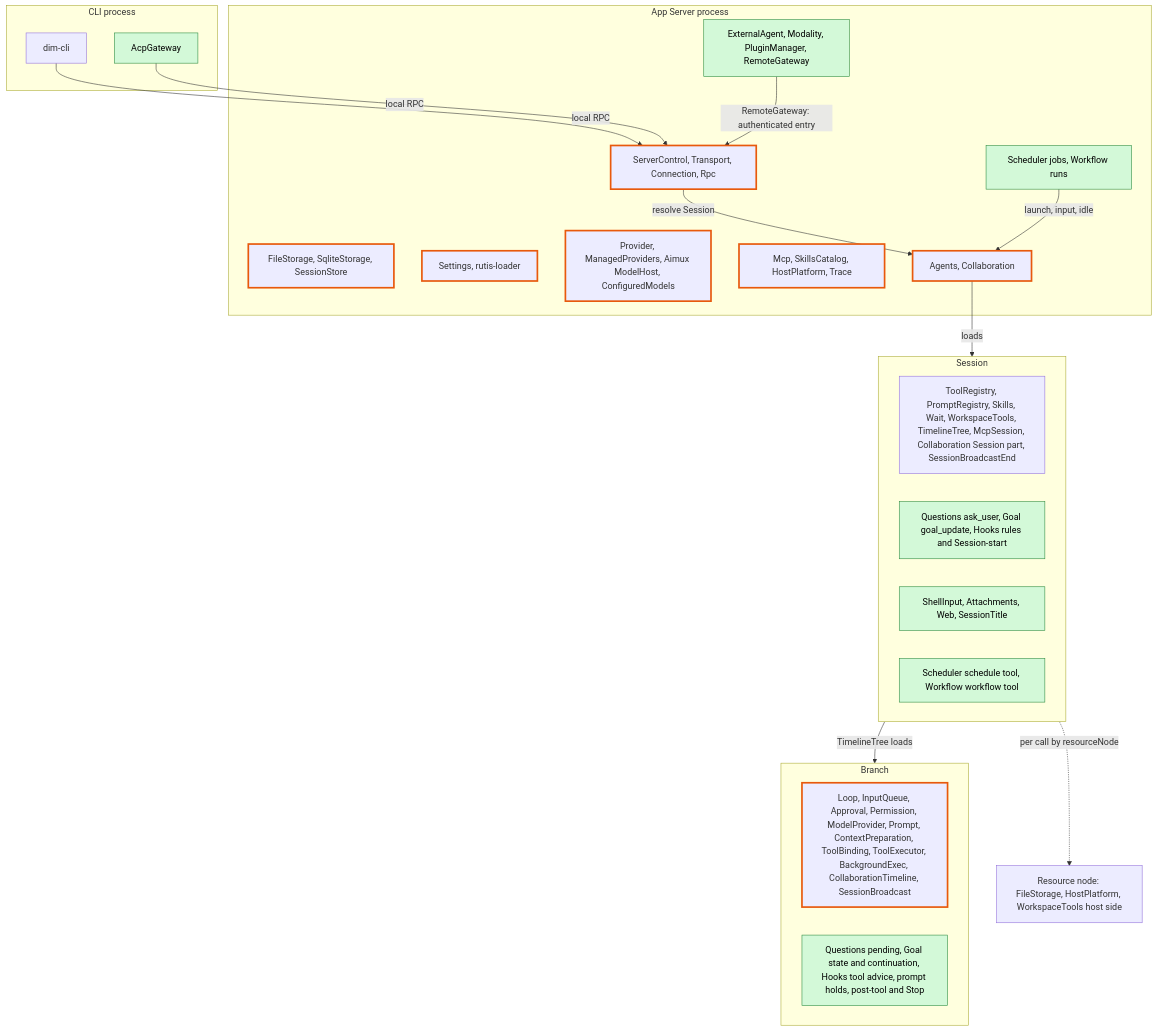
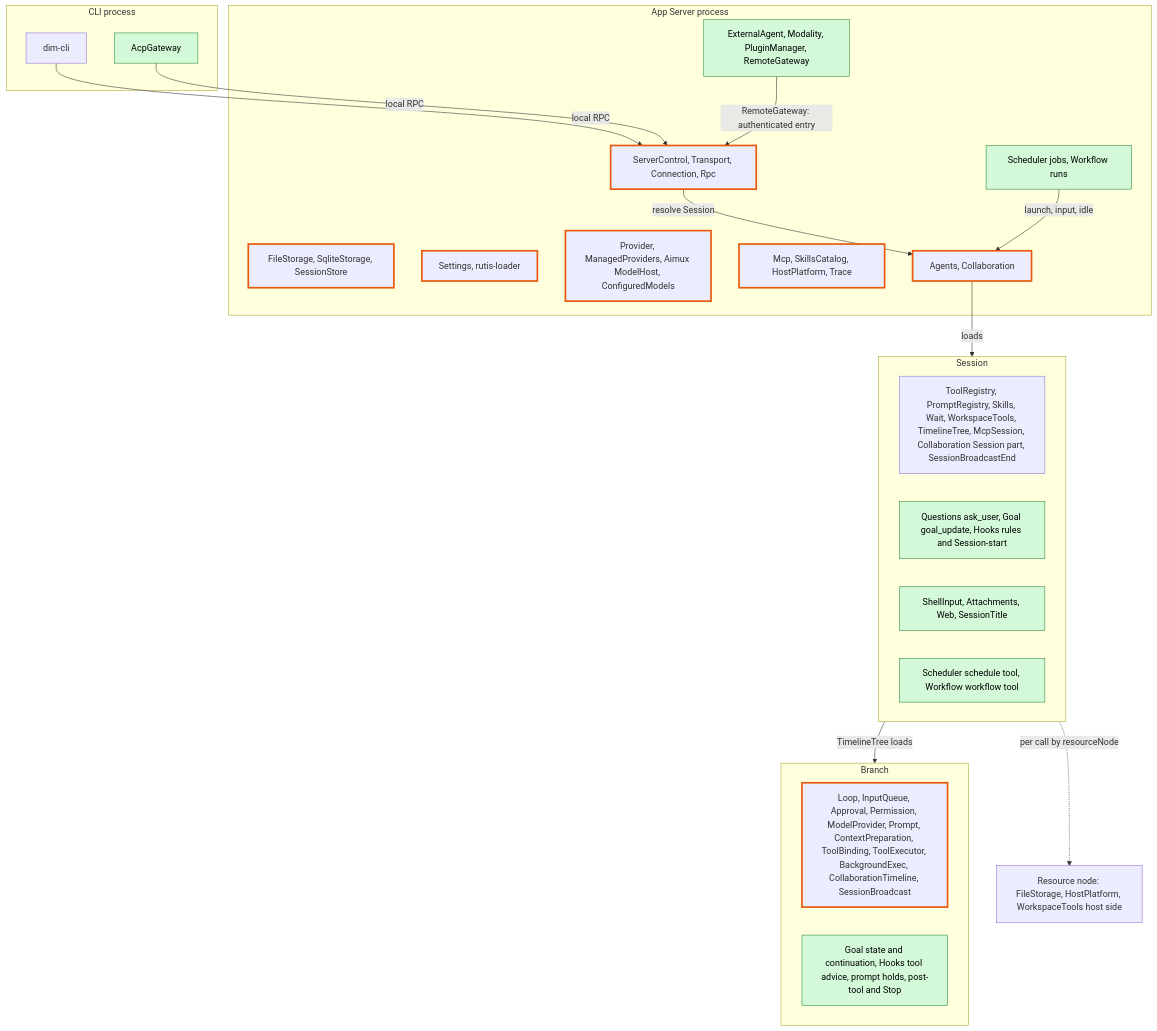
One commit to CoutinhoTTS/dim-agent changed the first of 8 diagrams in docs/design/overview.md. Above: the diagram before and after it, drawn with Mermaid. The commit also changed other lines of this file and 11 other files, not shown here.

````diff
--- a/docs/design/overview.md
+++ b/docs/design/overview.md
@@ -25,40 +25,40 @@
 ```mermaid
 flowchart TB
   classDef new fill:#d3f9d8,stroke:#2b8a3e,color:#000
   classDef changed stroke:#e8590c,stroke-width:3px
 
   subgraph CLIP["CLI process"]
     cli["dim-cli"]
     acp["AcpGateway"]:::new
   end
   subgraph PROC["App Server process"]
     entry["ServerControl, Transport, Connection, Rpc"]:::changed
     store["FileStorage, SqliteStorage, SessionStore"]:::changed
     cfg["Settings, rutis-loader"]:::changed
     models["Provider, ManagedProviders, Aimux ModelHost, ConfiguredModels"]:::changed
     cat["Mcp, SkillsCatalog, HostPlatform, Trace"]:::changed
     agents["Agents, Collaboration"]:::changed
     pnew["Scheduler jobs, Workflow runs"]:::new
     pext["ExternalAgent, Modality, PluginManager, RemoteGateway"]:::new
   end
   subgraph SES["Session"]
     sexist["ToolRegistry, PromptRegistry, Skills, Wait, WorkspaceTools, TimelineTree, McpSession, Collaboration Session part, SessionBroadcastEnd"]
     snew1["Questions ask_user, Goal goal_update, Hooks rules and Session-start"]:::new
     snew2["ShellInput, Attachments, Web, SessionTitle"]:::new
     snew3["Scheduler schedule tool, Workflow workflow tool"]:::new
   end
   subgraph BR["Branch"]
     bexist["Loop, InputQueue, Approval, Permission, ModelProvider, Prompt, ContextPreparation, ToolBinding, ToolExecutor, BackgroundExec, CollaborationTimeline, SessionBroadcast"]:::changed
-    bnew["Questions pending, Goal state and continuation, Hooks tool advice, prompt holds, post-tool and Stop"]:::new
+    bnew["Goal state and continuation, Hooks tool advice, prompt holds, post-tool and Stop"]:::new
   end
   rn["Resource node: FileStorage, HostPlatform, WorkspaceTools host side"]
 
   cli -->|"local RPC"| entry
   acp -->|"local RPC"| entry
   pext -->|"RemoteGateway: authenticated entry"| entry
   entry -->|"resolve Session"| agents
   agents -->|"loads"| SES
   SES -->|"TimelineTree loads"| BR
   pnew -->|"launch, input, idle"| agents
   SES -.->|"per call by resourceNode"| rn
 ```
````
